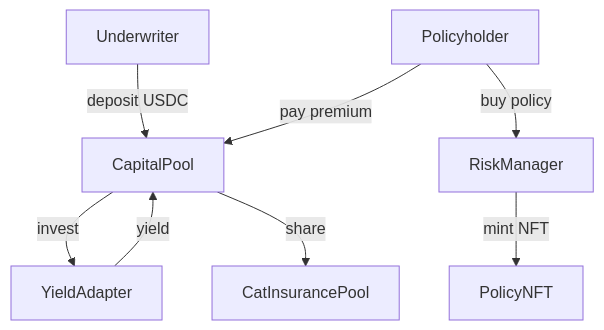
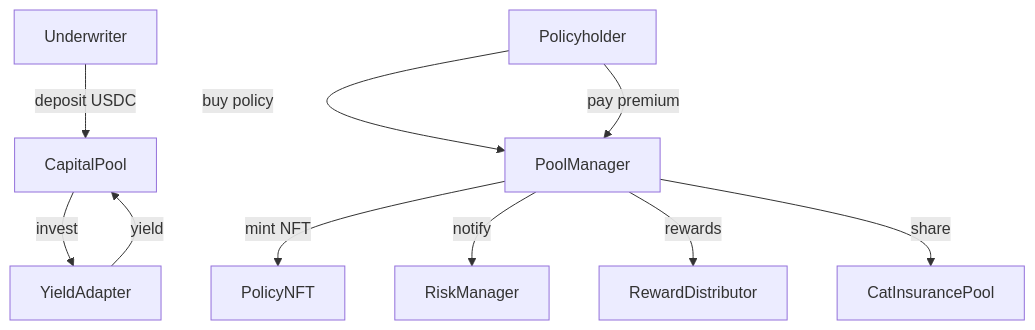
The first of 2 diagrams in README.md (Amplify-Insurance/monorepo), drawn with Mermaid before and after one commit. The commit also changed other lines of this file, not shown here.

Commit message:
docs: update capital flow diagrams

````diff
--- a/README.md
+++ b/README.md
@@ -213,10 +213,12 @@
 ```mermaid
 graph TD
     Underwriter -->|deposit USDC| CapitalPool
     CapitalPool -->|invest| YieldAdapter
     YieldAdapter -->|yield| CapitalPool
-    Policyholder -->|buy policy| RiskManager
-    RiskManager -->|mint NFT| PolicyNFT
-    Policyholder -->|pay premium| CapitalPool
-    CapitalPool -->|share| CatInsurancePool
+    Policyholder -->|buy policy| PoolManager
+    PoolManager -->|mint NFT| PolicyNFT
+    PoolManager -->|notify| RiskManager
+    Policyholder -->|pay premium| PoolManager
+    PoolManager -->|rewards| RewardDistributor
+    PoolManager -->|share| CatInsurancePool
 ```
````
